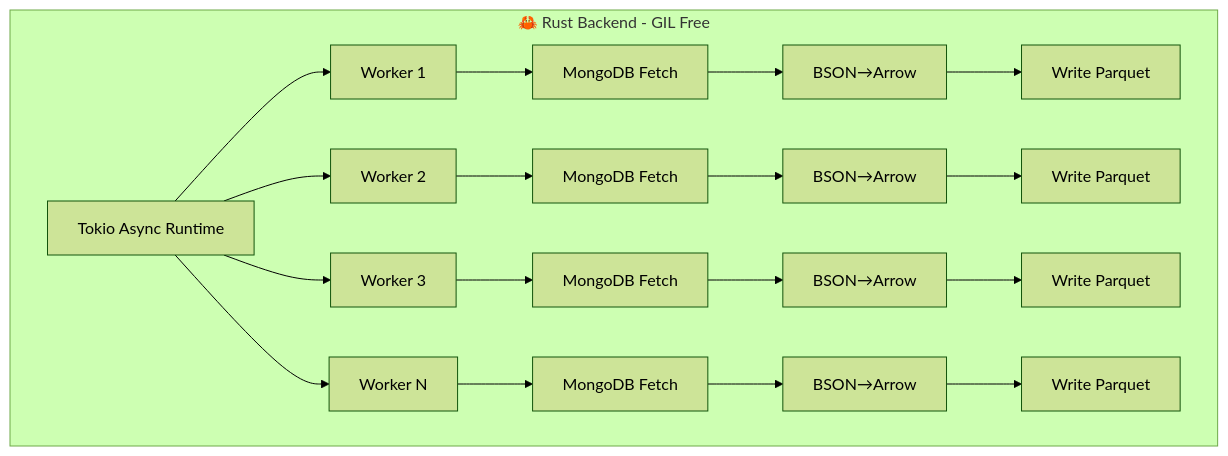
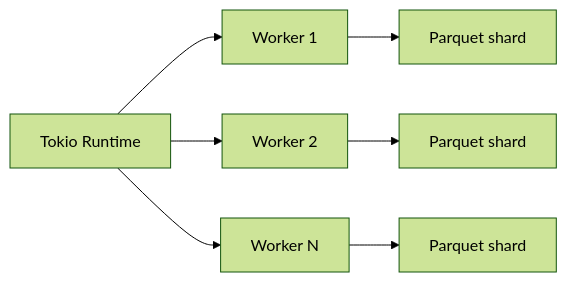
Before and after one commit to XLR8-DB/xlr8: the fourth of 7 diagrams in README.md, drawn with Mermaid (forest theme). The commit also changed other lines of this file and 1 other file, not shown here.

````diff
--- a/README.md
+++ b/README.md
@@ -378,15 +378,10 @@
 ```mermaid
-flowchart TB
-    subgraph Rust["🦀 Rust Backend - GIL Free"]
-        Runtime["Tokio Async Runtime"]
-        Runtime --> W1["Worker 1"]
-        Runtime --> W2["Worker 2"]
-        Runtime --> W3["Worker 3"]
-        Runtime --> W4["Worker N"]
-        
-        W1 --> F1["MongoDB Fetch"] --> A1["BSON→Arrow"] --> P1["Write Parquet"]
-        W2 --> F2["MongoDB Fetch"] --> A2["BSON→Arrow"] --> P2["Write Parquet"]
-        W3 --> F3["MongoDB Fetch"] --> A3["BSON→Arrow"] --> P3["Write Parquet"]
-        W4 --> F4["MongoDB Fetch"] --> A4["BSON→Arrow"] --> P4["Write Parquet"]
-    end
+flowchart LR
+    RT["Tokio Runtime"] --> W1["Worker 1"]
+    RT --> W2["Worker 2"]
+    RT --> WN["Worker N"]
+    
+    W1 --> P1["Parquet shard"]
+    W2 --> P2["Parquet shard"]
+    WN --> PN["Parquet shard"]
 ```
````
